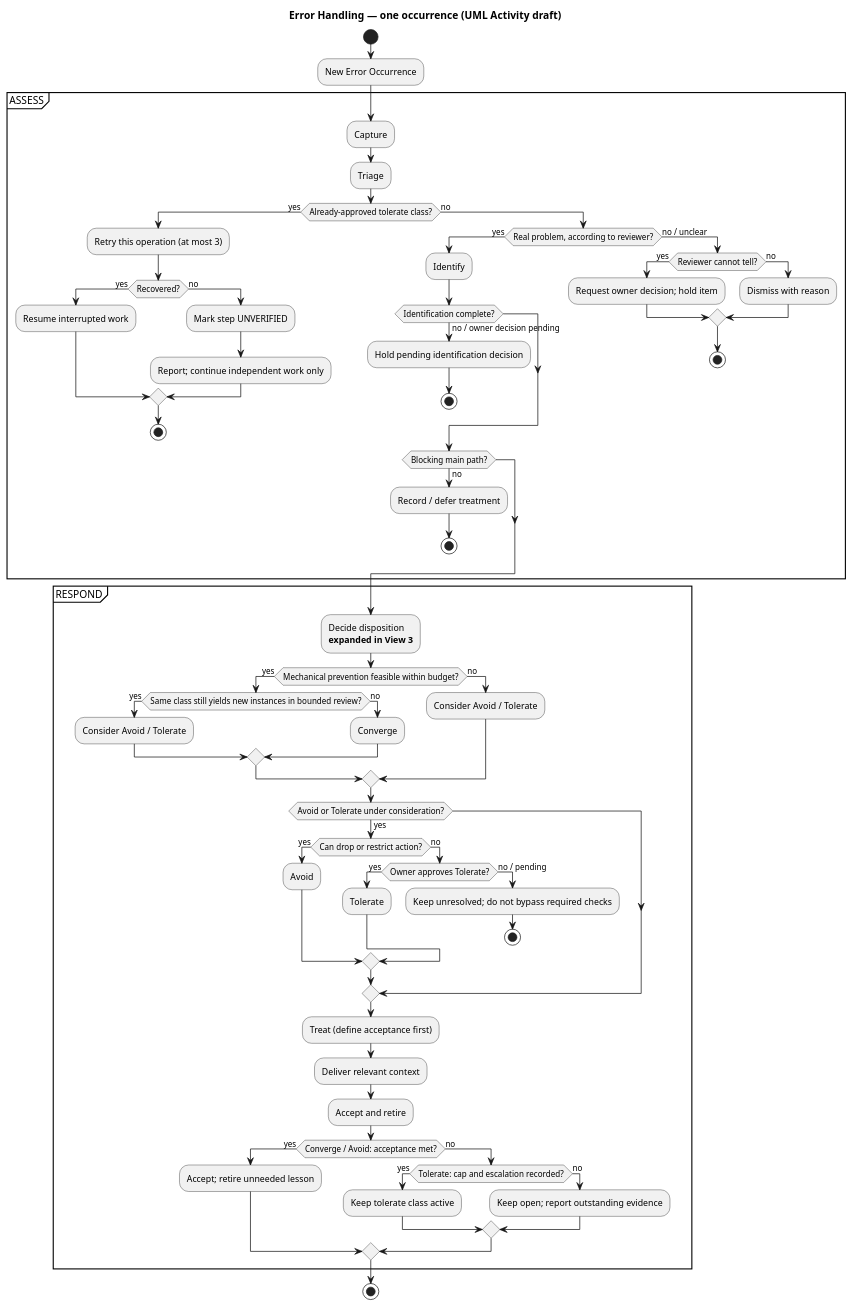
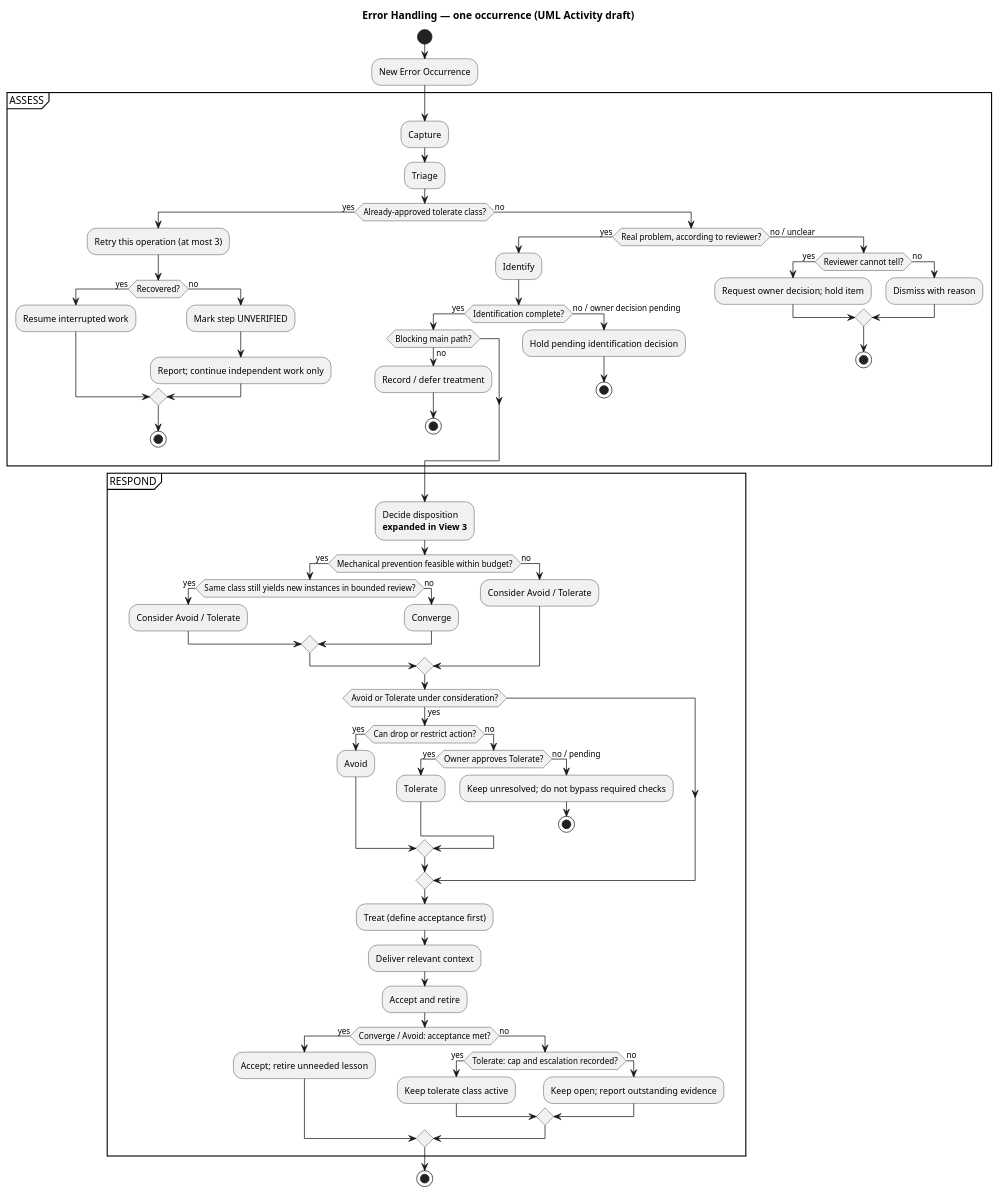
The diagram in docs/discussions/error-handling/activity.puml (dyphn1/Harness-everything), drawn with PlantUML before and after one commit.

Commit message:
docs(discussion): clarify identification guard in UML activity

```diff
--- a/docs/discussions/error-handling/activity.puml
+++ b/docs/discussions/error-handling/activity.puml
@@ -1,83 +1,84 @@
 @startuml error-handling-overview
 ' Issue #437 / #402: discussion-only view of one Error Occurrence.
 ' ASSESS / RESPOND correspond to Views 1 and 2.
 ' Decide disposition is expanded by View 3, not a hyperlink.
 ' Recurrence is a NEW occurrence entering at Capture, never a G feedback loop.
 title Error Handling — one occurrence (UML Activity draft)
 
 start
 :New Error Occurrence;
 partition "ASSESS" {
   :Capture;
   :Triage;
   if (Already-approved tolerate class?) then (yes)
     :Retry this operation (at most 3);
     if (Recovered?) then (yes)
       :Resume interrupted work;
     else (no)
       :Mark step UNVERIFIED;
       :Report; continue independent work only;
     endif
     stop
   else (no)
     if (Real problem, according to reviewer?) then (yes)
       :Identify;
-      if (Identification complete?) then (no / owner decision pending)
+      if (Identification complete?) then (yes)
+        if (Blocking main path?) then (no)
+          :Record / defer treatment;
+          stop
+        endif
+      else (no / owner decision pending)
         :Hold pending identification decision;
-        stop
-      endif
-      if (Blocking main path?) then (no)
-        :Record / defer treatment;
         stop
       endif
     else (no / unclear)
       if (Reviewer cannot tell?) then (yes)
         :Request owner decision; hold item;
       else (no)
         :Dismiss with reason;
       endif
       stop
     endif
   endif
 }
 
 partition "RESPOND" {
   :Decide disposition
   <b>expanded in View 3</b>;
   if (Mechanical prevention feasible within budget?) then (yes)
     if (Same class still yields new instances in bounded review?) then (yes)
       :Consider Avoid / Tolerate;
     else (no)
       :Converge;
     endif
   else (no)
     :Consider Avoid / Tolerate;
   endif
   if (Avoid or Tolerate under consideration?) then (yes)
     if (Can drop or restrict action?) then (yes)
       :Avoid;
     else (no)
       if (Owner approves Tolerate?) then (yes)
         :Tolerate;
       else (no / pending)
         :Keep unresolved; do not bypass required checks;
         stop
       endif
     endif
   endif
   :Treat (define acceptance first);
   :Deliver relevant context;
   :Accept and retire;
   if (Converge / Avoid: acceptance met?) then (yes)
     :Accept; retire unneeded lesson;
   else (no)
     if (Tolerate: cap and escalation recorded?) then (yes)
       :Keep tolerate class active;
     else (no)
       :Keep open; report outstanding evidence;
     endif
   endif
 }
 
 stop
 @enduml
```
